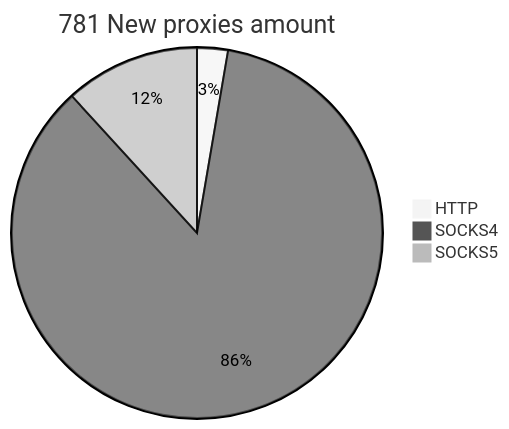
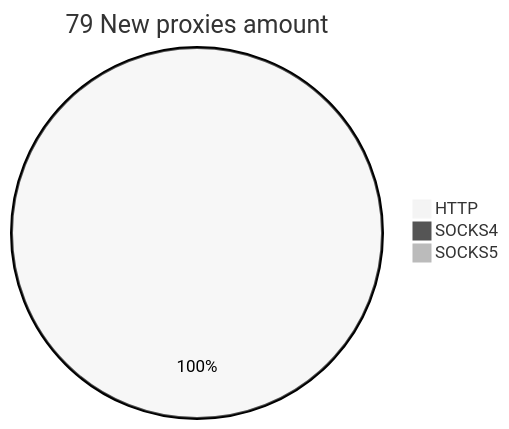
The second of 2 diagrams in README.md (cutipu/proxylist), drawn with Mermaid (neutral theme) before and after one commit. The commit also changed other lines of this file, not shown here.

````diff
--- a/README.md
+++ b/README.md
@@ -10,6 +10,6 @@
 ```mermaid
-pie title 781 New proxies amount
-    "HTTP" : 21
-    "SOCKS4" : 668
-    "SOCKS5" : 92
+pie title 79 New proxies amount
+    "HTTP" : 79
+    "SOCKS4" : 0
+    "SOCKS5" : 0
 ```
````
